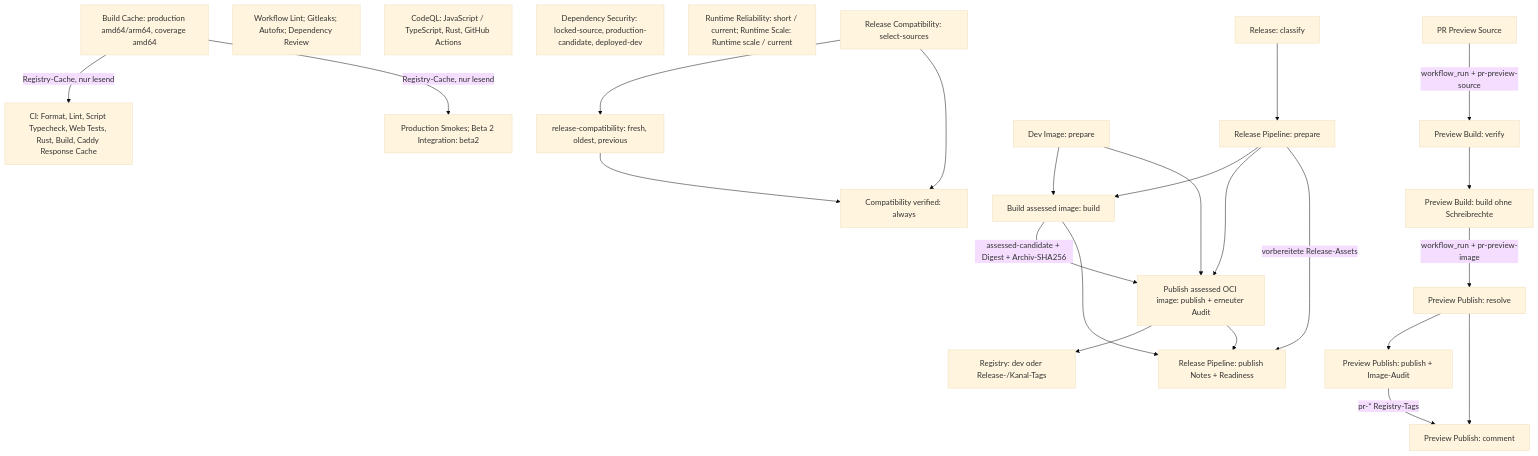
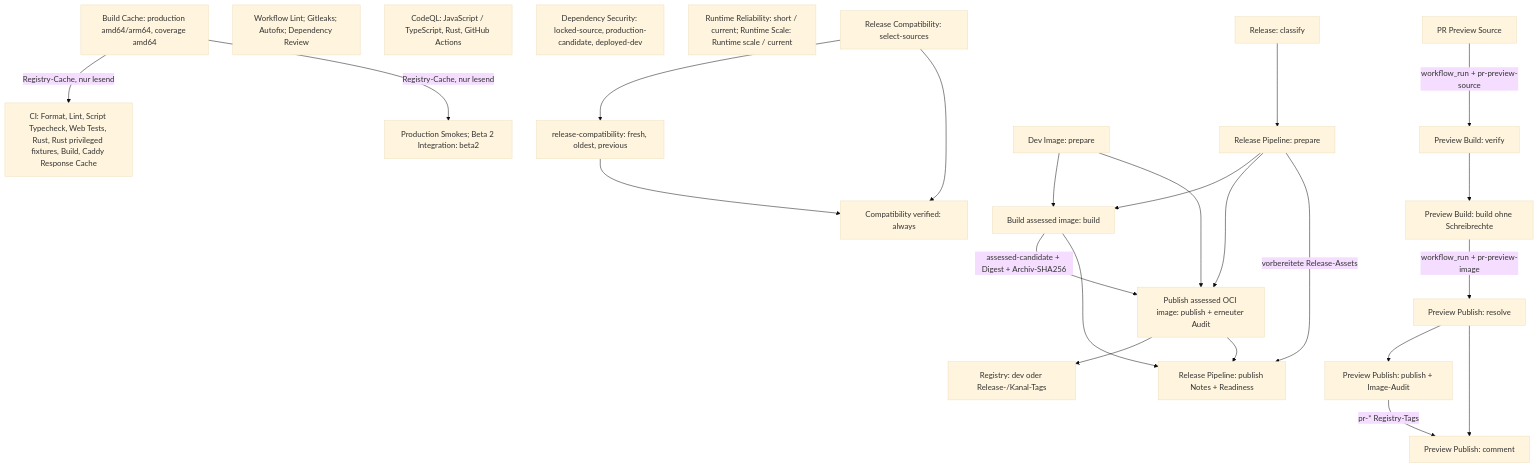
The diagram in .github/WORKFLOWS.md (RentnerProxy/platform), drawn with Mermaid (base theme) before and after one commit. The commit also changed other lines of this file and 2 other files, not shown here.

First line of the commit message:
ci: run the privileged Rust fixtures in their own job (#609)

````diff
--- a/.github/WORKFLOWS.md
+++ b/.github/WORKFLOWS.md
@@ -49,30 +49,30 @@
 ```mermaid
 flowchart TD
-    CI[CI: Format, Lint, Script Typecheck, Web Tests, Rust, Build, Caddy Response Cache]
+    CI[CI: Format, Lint, Script Typecheck, Web Tests, Rust, Rust privileged fixtures, Build, Caddy Response Cache]
     CACHE[Build Cache: production amd64/arm64, coverage amd64] -->|Registry-Cache, nur lesend| CI
     CACHE -->|Registry-Cache, nur lesend| SMOKE
     OTHER[Workflow Lint; Gitleaks; Autofix; Dependency Review]
     CODE[CodeQL: JavaScript / TypeScript, Rust, GitHub Actions]
     DEP[Dependency Security: locked-source, production-candidate, deployed-dev]
     SMOKE[Production Smokes; Beta 2 Integration: beta2]
     RUNTIME[Runtime Reliability: short / current; Runtime Scale: Runtime scale / current]
     SELECT[Release Compatibility: select-sources] --> MATRIX[release-compatibility: fresh, oldest, previous]
     SELECT --> COMPAT[Compatibility verified: always]
     MATRIX --> COMPAT
     SOURCE[PR Preview Source] -->|workflow_run + pr-preview-source| VERIFY[Preview Build: verify]
     VERIFY --> PREVIEWBUILD[Preview Build: build ohne Schreibrechte]
     PREVIEWBUILD -->|workflow_run + pr-preview-image| RESOLVE[Preview Publish: resolve]
     RESOLVE --> PREVIEWPUB[Preview Publish: publish + Image-Audit]
     PREVIEWPUB -->|pr-* Registry-Tags| COMMENT[Preview Publish: comment]
     RESOLVE --> COMMENT
     DEV[Dev Image: prepare] --> BUILDER[Build assessed image: build]
     CLASSIFY[Release: classify] --> PREPARE[Release Pipeline: prepare]
     PREPARE --> BUILDER
     BUILDER -->|assessed-candidate + Digest + Archiv-SHA256| PUBLISHER[Publish assessed OCI image: publish + erneuter Audit]
     DEV --> PUBLISHER
     PREPARE --> PUBLISHER
     PUBLISHER --> CHANNEL[Registry: dev oder Release-/Kanal-Tags]
     PUBLISHER --> NOTES[Release Pipeline: publish Notes + Readiness]
     PREPARE -->|vorbereitete Release-Assets| NOTES
     BUILDER --> NOTES
 ```
````
